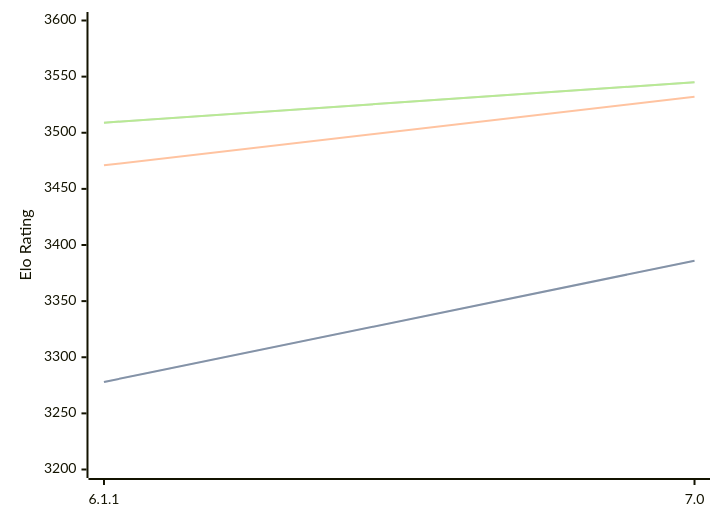
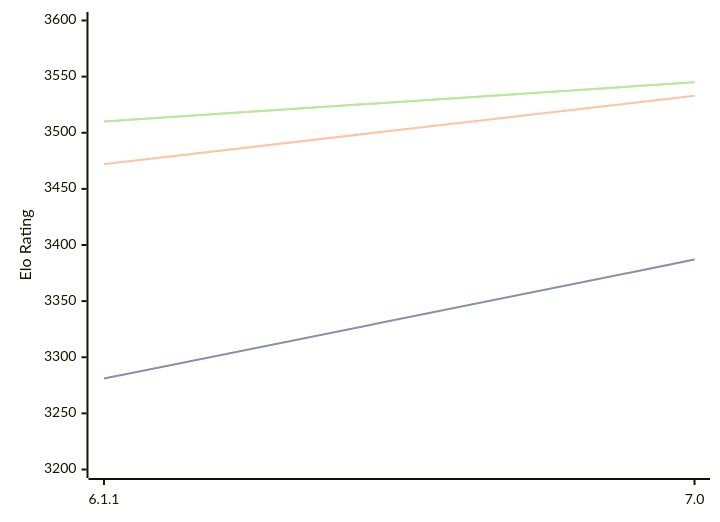
Before and after one commit to computer-chess-index/cci: the diagram in engines/Astra.md, drawn with Mermaid. The commit also changed other lines of this file, not shown here.

Commit message:
Update CCI Ratings (ELO VLTC) - 2026-08-22

````diff
--- a/engines/Astra.md
+++ b/engines/Astra.md
@@ -32,11 +32,11 @@
 ```mermaid
 %%{init: {"theme":"base","themeVariables":{"seriesColors:['#a3a3a3','#222221','#faa371']}}}%%
 xychart-beta
   x-axis ["6.1.1", "7.0"]
   y-axis "Elo Rating" 3200 --> 3600
-  line "STC (8.0+0.08s)" [3278, 3386]
-  line "STC (8.0+0.08s)" [3278, 3386]
-  line "LTC (60.0+0.60s)" [3471, 3532]
-  line "VLTC (2m24s+1.12s)" [3509, 3545]
-  line "VLTC (2m24s+1.12s)" [3509, 3545]
+  line "STC (8.0+0.08s)" [3281, 3387]
+  line "STC (8.0+0.08s)" [3281, 3387]
+  line "LTC (60.0+0.60s)" [3472, 3533]
+  line "VLTC (2m24s+1.12s)" [3510, 3545]
+  line "VLTC (2m24s+1.12s)" [3510, 3545]
 ```
````
